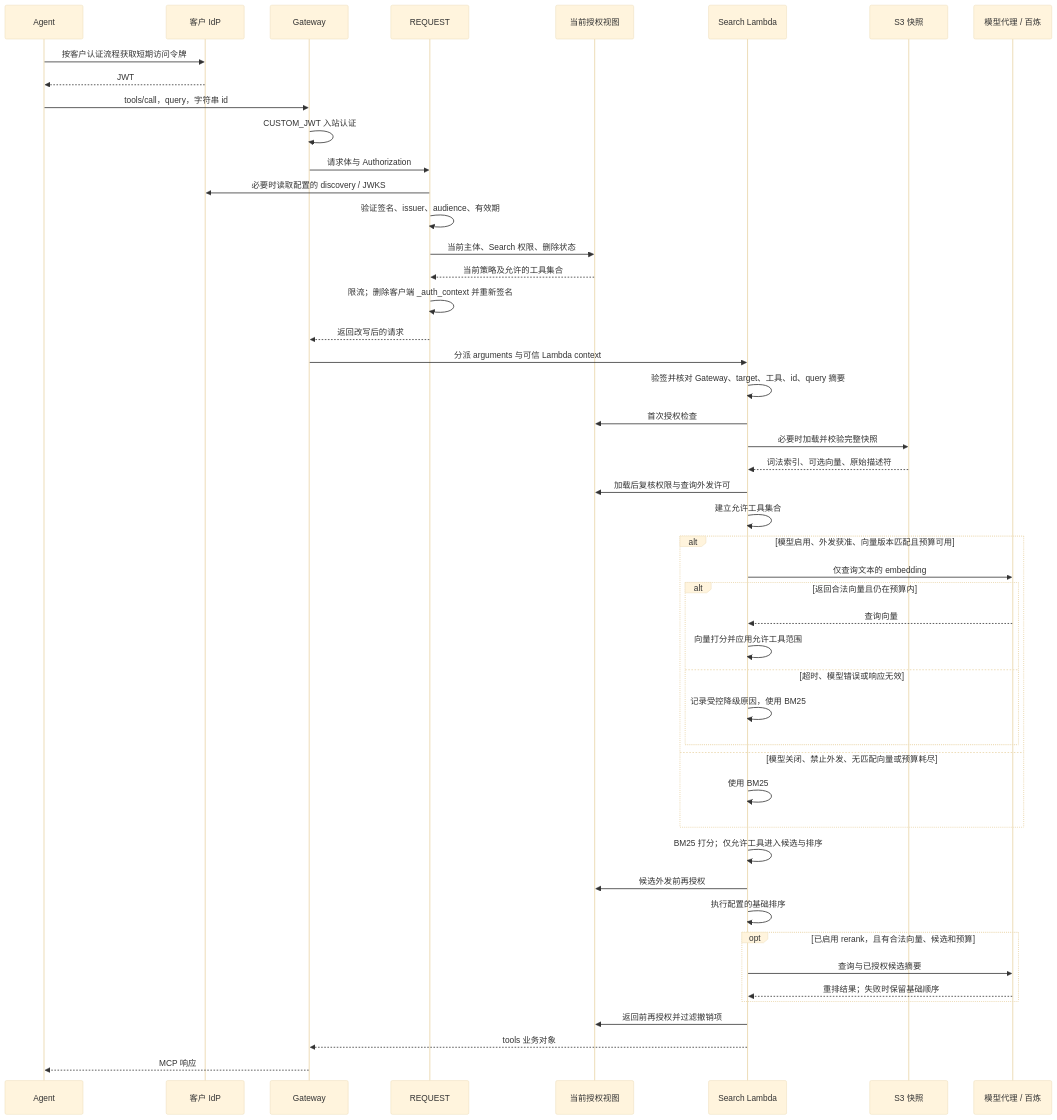
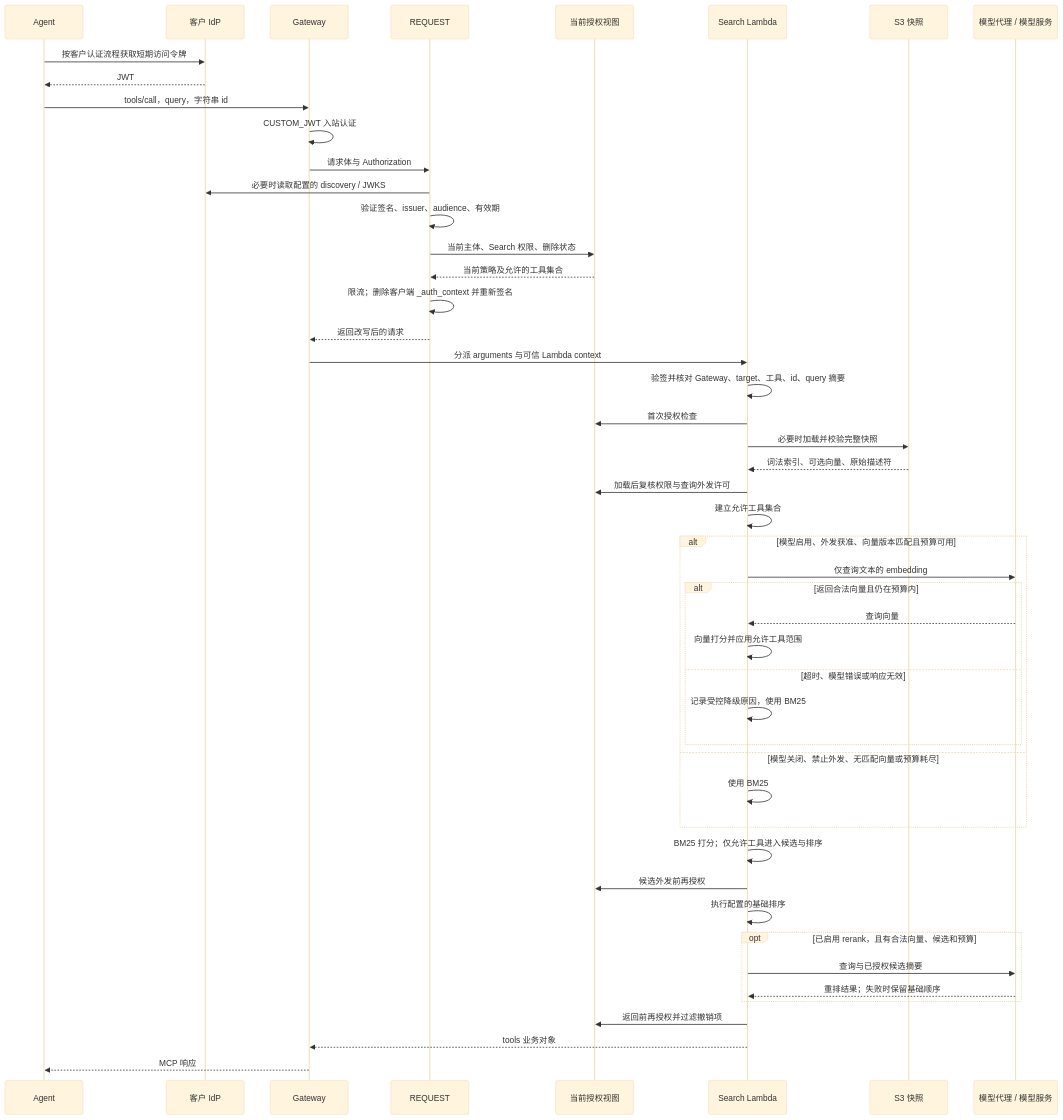
The second of 5 diagrams in docs/architecture.md (aws-samples/sample-agentcore-gateway-tool-search-china-region), drawn with Mermaid (base theme) before and after one commit. The commit also changed other lines of this file and 66 other files, not shown here.

````diff
--- a/docs/architecture.md
+++ b/docs/architecture.md
@@ -75,50 +75,50 @@
 ```mermaid
 sequenceDiagram
     participant A as Agent
     participant I as 客户 IdP
     participant G as Gateway
     participant R as REQUEST
     participant D as 当前授权视图
     participant S as Search Lambda
     participant B as S3 快照
-    participant M as 模型代理 / 百炼
+    participant M as 模型代理 / 模型服务
     A->>I: 按客户认证流程获取短期访问令牌
     I-->>A: JWT
     A->>G: tools/call，query，字符串 id
     G->>G: CUSTOM_JWT 入站认证
     G->>R: 请求体与 Authorization
     R->>I: 必要时读取配置的 discovery / JWKS
     R->>R: 验证签名、issuer、audience、有效期
     R->>D: 当前主体、Search 权限、删除状态
     D-->>R: 当前策略及允许的工具集合
     R->>R: 限流；删除客户端 _auth_context 并重新签名
     R-->>G: 返回改写后的请求
     G->>S: 分派 arguments 与可信 Lambda context
     S->>S: 验签并核对 Gateway、target、工具、id、query 摘要
     S->>D: 首次授权检查
     S->>B: 必要时加载并校验完整快照
     B-->>S: 词法索引、可选向量、原始描述符
     S->>D: 加载后复核权限与查询外发许可
     S->>S: 建立允许工具集合
     alt 模型启用、外发获准、向量版本匹配且预算可用
         S->>M: 仅查询文本的 embedding
         alt 返回合法向量且仍在预算内
             M-->>S: 查询向量
             S->>S: 向量打分并应用允许工具范围
         else 超时、模型错误或响应无效
             S->>S: 记录受控降级原因，使用 BM25
         end
     else 模型关闭、禁止外发、无匹配向量或预算耗尽
         S->>S: 使用 BM25
     end
     S->>S: BM25 打分；仅允许工具进入候选与排序
     S->>D: 候选外发前再授权
     S->>S: 执行配置的基础排序
     opt 已启用 rerank，且有合法向量、候选和预算
         S->>M: 查询与已授权候选摘要
         M-->>S: 重排结果；失败时保留基础顺序
     end
     S->>D: 返回前再授权并过滤撤销项
     S-->>G: tools 业务对象
     G-->>A: MCP 响应
 ```
````
